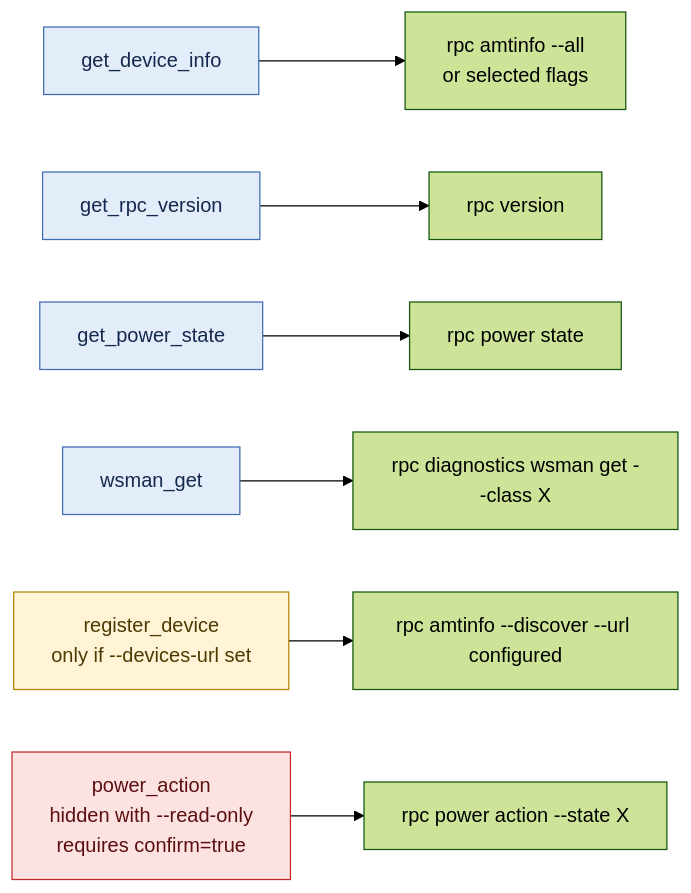
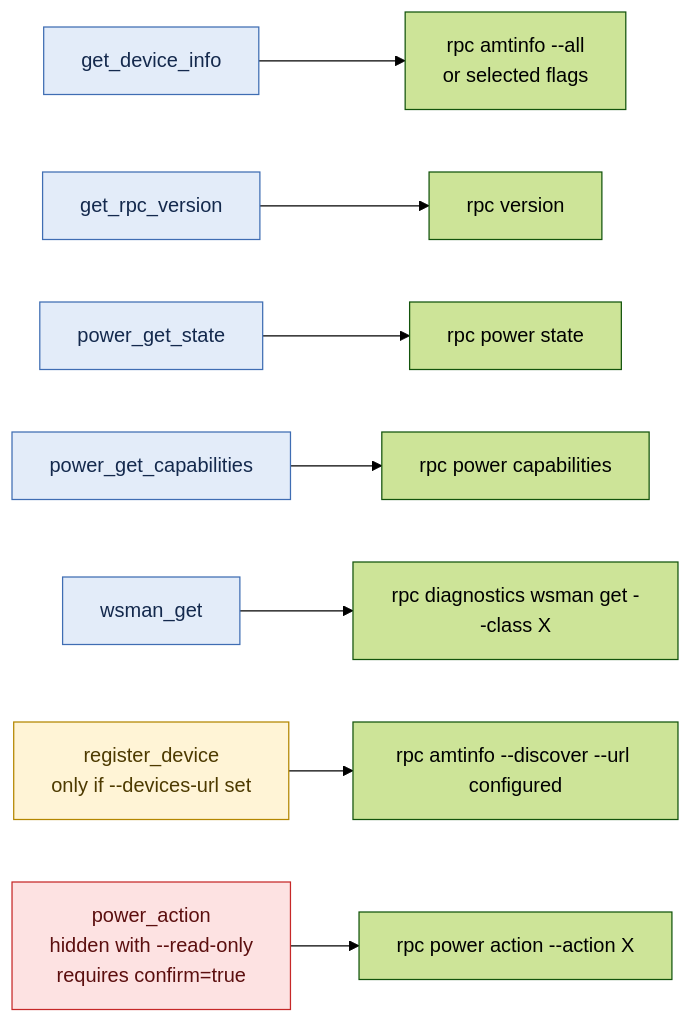
The third of 8 diagrams in mcp/docs/ARCHITECTURE.md (device-management-toolkit/rpc-go), drawn with Mermaid (forest theme) before and after one commit. The commit also changed other lines of this file and 16 other files, not shown here.

````diff
--- a/mcp/docs/ARCHITECTURE.md
+++ b/mcp/docs/ARCHITECTURE.md
@@ -197,13 +246,14 @@
 ```mermaid
 flowchart LR
     classDef ro fill:#e3ecf9,stroke:#3f6db3,color:#14294d
     classDef ext fill:#fff4d6,stroke:#b38600,color:#4d3a00
     classDef destructive fill:#fde2e2,stroke:#c62828,color:#5c0f0f
 
     t1["get_device_info"]:::ro --> c1["rpc amtinfo --all<br/>or selected flags"]
     t2["get_rpc_version"]:::ro --> c2["rpc version"]
-    t3["get_power_state"]:::ro --> c3["rpc power state"]
+    t3["power_get_state"]:::ro --> c3["rpc power state"]
+    t3b["power_get_capabilities"]:::ro --> c3b["rpc power capabilities"]
     t4["wsman_get"]:::ro --> c4["rpc diagnostics wsman get --class X"]
     t5["register_device<br/>only if --devices-url set"]:::ext --> c5["rpc amtinfo --discover --url configured"]
-    t6["power_action<br/>hidden with --read-only<br/>requires confirm=true"]:::destructive --> c6["rpc power action --state X"]
+    t6["power_action<br/>hidden with --read-only<br/>requires confirm=true"]:::destructive --> c6["rpc power action --action X"]
 ```
````
